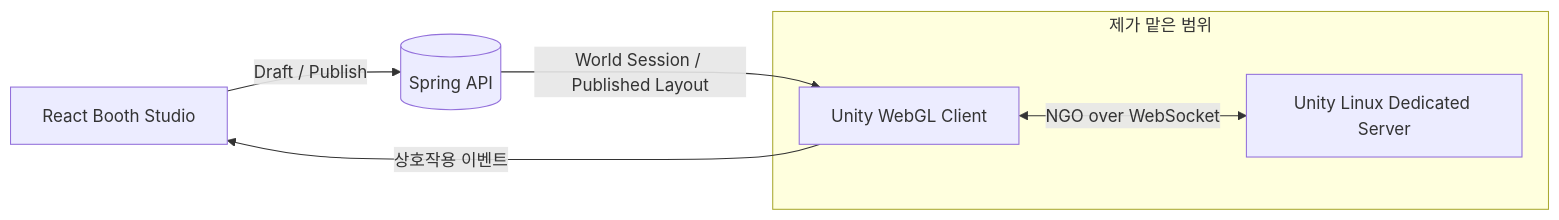
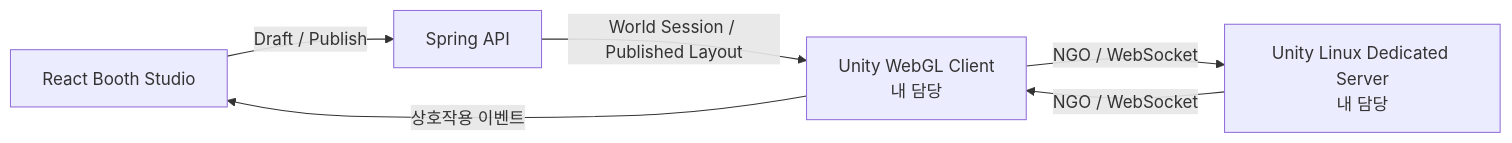
One commit to kanghyunsoon/SSAFESTA-Portfolio changed the diagram in README.md. Above: the diagram before and after it, drawn with Mermaid.

Commit message:
docs: GitHub Mermaid 문법 수정

````diff
--- a/README.md
+++ b/README.md
@@ -40,12 +40,8 @@
 ```mermaid
 flowchart LR
-    FE[React Booth Studio] -->|Draft / Publish| BE[(Spring API)]
-    BE -->|World Session / Published Layout| U[Unity WebGL Client]
-    U <-->|NGO over WebSocket| DS[Unity Linux Dedicated Server]
-    U -->|상호작용 이벤트| FE
-
-    subgraph MY[제가 맡은 범위]
-        U
-        DS
-    end
+    FE["React Booth Studio"] -->|"Draft / Publish"| BE["Spring API"]
+    BE -->|"World Session / Published Layout"| U["Unity WebGL Client<br/>내 담당"]
+    U -->|"NGO / WebSocket"| DS["Unity Linux Dedicated Server<br/>내 담당"]
+    DS -->|"NGO / WebSocket"| U
+    U -->|"상호작용 이벤트"| FE
 ```
````
